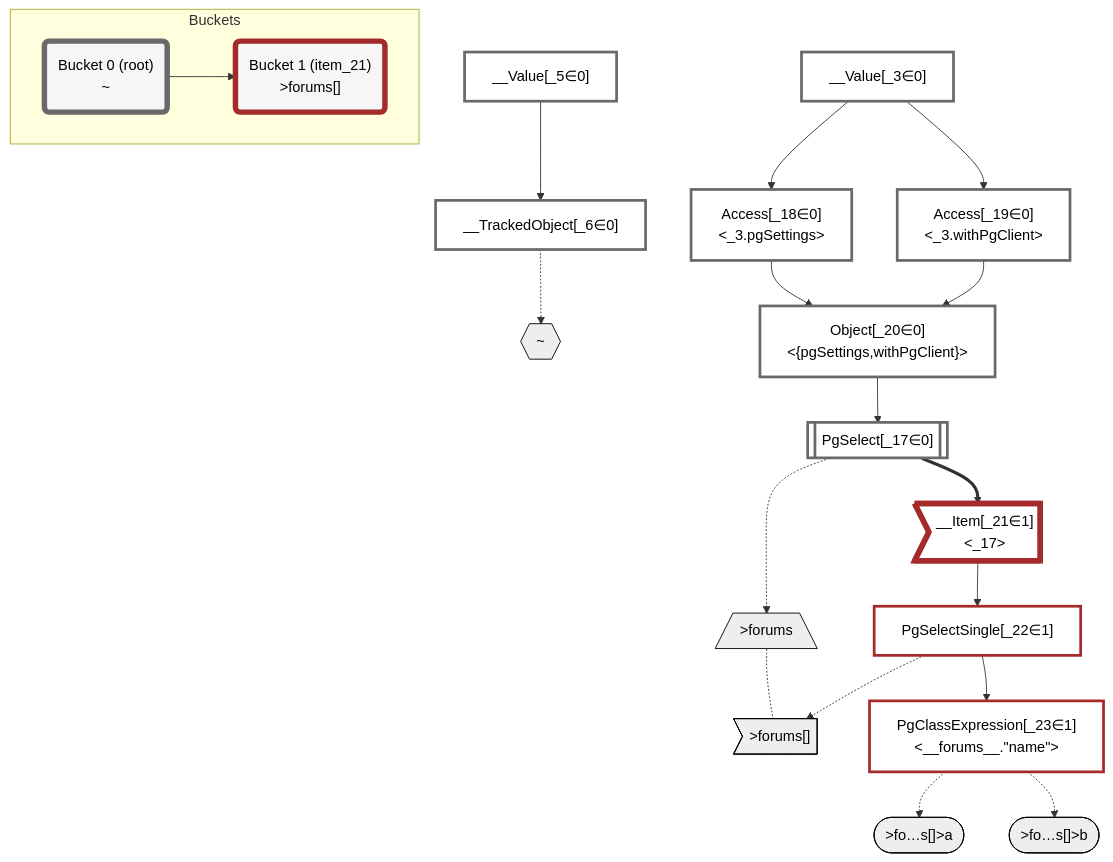
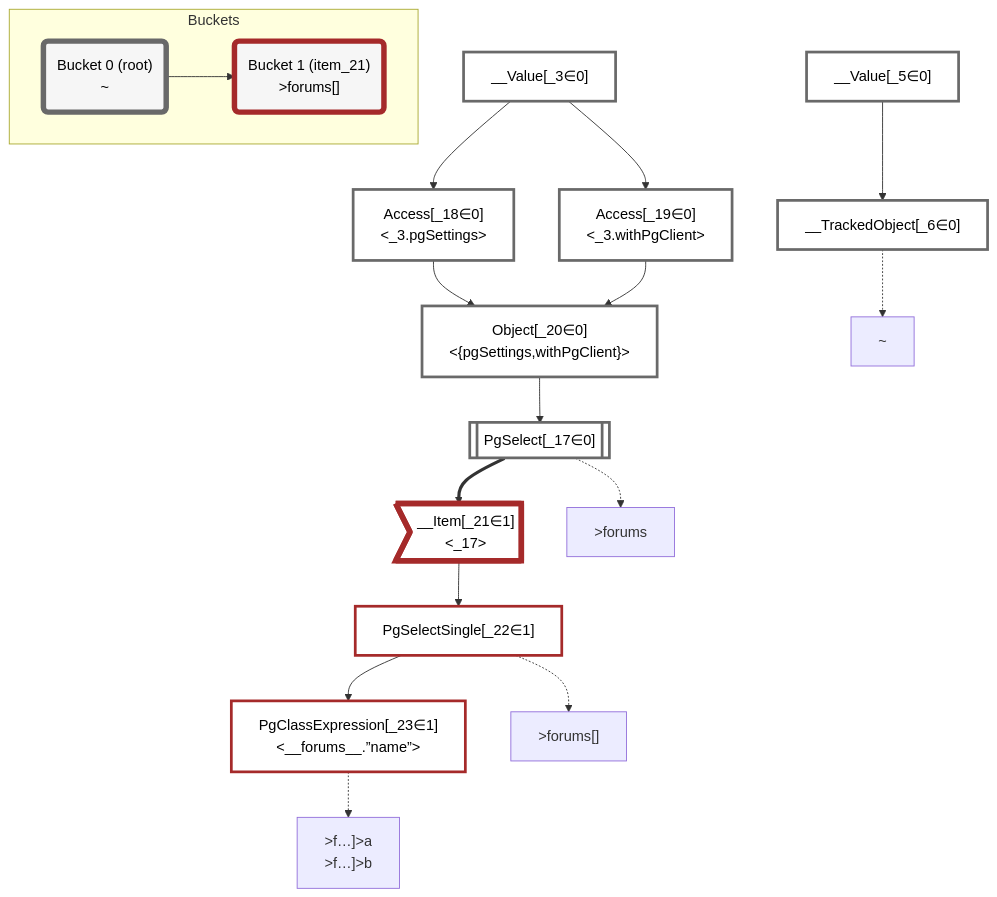
One commit to graphile/crystal changed the diagram in packages/dataplan-pg/__tests__/queries/super-simple/field-aliases.mermaid.md. Above: the diagram before and after it, drawn with Mermaid. The commit also changed 195 other files, not shown here.

````diff
--- a/packages/dataplan-pg/__tests__/queries/super-simple/field-aliases.mermaid.md
+++ b/packages/dataplan-pg/__tests__/queries/super-simple/field-aliases.mermaid.md
@@ -1,64 +1,56 @@
 ```mermaid
 graph TD
     classDef path fill:#eee,stroke:#000,color:#000
     classDef plan fill:#fff,stroke-width:3px,color:#000
     classDef itemplan fill:#fff,stroke-width:6px,color:#000
     classDef sideeffectplan fill:#f00,stroke-width:6px,color:#000
     classDef bucket fill:#f6f6f6,color:#000,stroke-width:6px
 
-    %% subgraph fields
-    P1{{"~"}}:::path
-    P2[/">forums"\]:::path
-    P3>">forums[]"]:::path
-    P2 -.- P3
-    P4([">fo…s[]>a"]):::path
-    %% P3 -.-> P4
-    P5([">fo…s[]>b"]):::path
-    %% P3 -.-> P5
-    %% P1 -.-> P2
-    %% end
 
     %% define plans
     __Value_3["__Value[_3∈0]<br /><context>"]:::plan
     __Value_5["__Value[_5∈0]<br /><rootValue>"]:::plan
     __TrackedObject_6["__TrackedObject[_6∈0]"]:::plan
     PgSelect_17[["PgSelect[_17∈0]<br /><forums>"]]:::plan
     Access_18["Access[_18∈0]<br /><_3.pgSettings>"]:::plan
     Access_19["Access[_19∈0]<br /><_3.withPgClient>"]:::plan
     Object_20["Object[_20∈0]<br /><{pgSettings,withPgClient}>"]:::plan
     __Item_21>"__Item[_21∈1]<br /><_17>"]:::itemplan
     PgSelectSingle_22["PgSelectSingle[_22∈1]<br /><forums>"]:::plan
-    PgClassExpression_23["PgClassExpression[_23∈1]<br /><__forums__.#quot;name#quot;>"]:::plan
+    PgClassExpression_23["PgClassExpression[_23∈1]<br /><__forums__.”name”>"]:::plan
 
     %% plan dependencies
     __Value_5 --> __TrackedObject_6
     Object_20 --> PgSelect_17
     __Value_3 --> Access_18
     __Value_3 --> Access_19
     Access_18 --> Object_20
     Access_19 --> Object_20
     PgSelect_17 ==> __Item_21
     __Item_21 --> PgSelectSingle_22
     PgSelectSingle_22 --> PgClassExpression_23
 
     %% plan-to-path relationships
+    P1["~"]
     __TrackedObject_6 -.-> P1
+    P2[">forums"]
     PgSelect_17 -.-> P2
+    P3[">forums[]"]
     PgSelectSingle_22 -.-> P3
+    P4[">f…]>a<br />>f…]>b"]
     PgClassExpression_23 -.-> P4
-    PgClassExpression_23 -.-> P5
 
     %% allocate buckets
     classDef bucket0 stroke:#696969
     class __Value_3,__Value_5,__TrackedObject_6,PgSelect_17,Access_18,Access_19,Object_20 bucket0
     classDef bucket1 stroke:#a52a2a
     class __Item_21,PgSelectSingle_22,PgClassExpression_23 bucket1
 
     subgraph Buckets
     Bucket0("Bucket 0 (root)<br />~"):::bucket
     style Bucket0 stroke:#696969
     Bucket1("Bucket 1 (item_21)<br />>forums[]"):::bucket
     style Bucket1 stroke:#a52a2a
     Bucket0 --> Bucket1
     end
 ```
````
